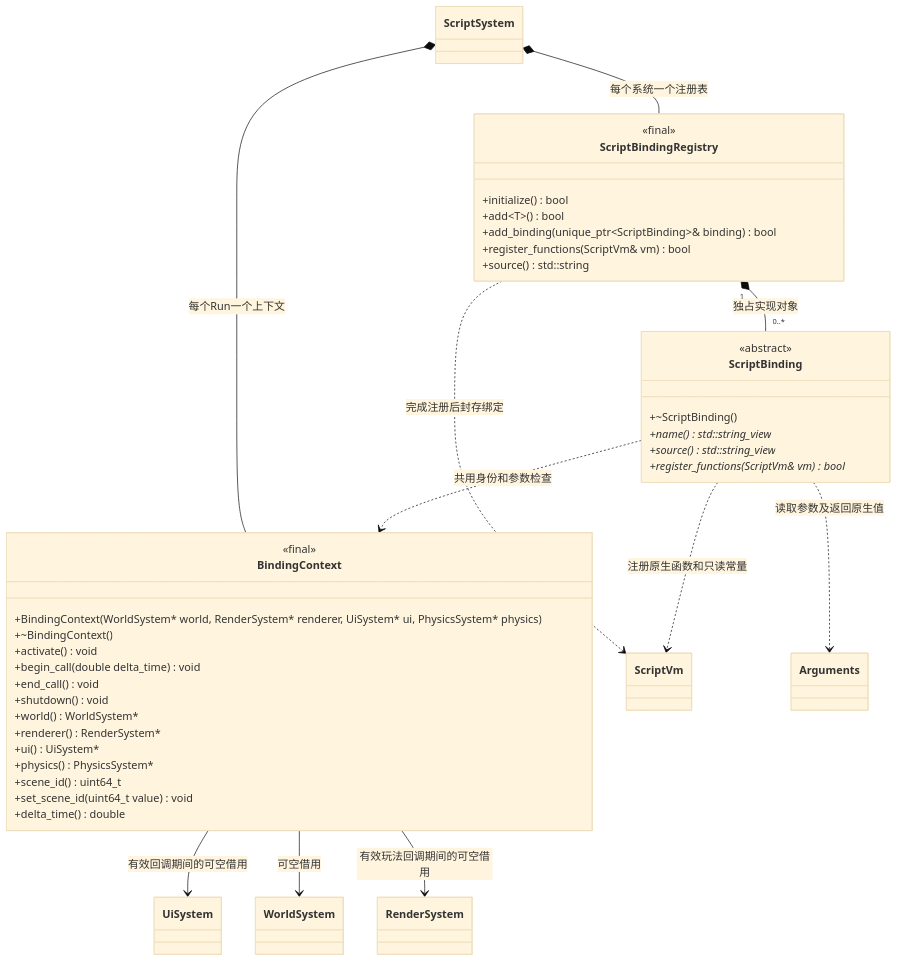
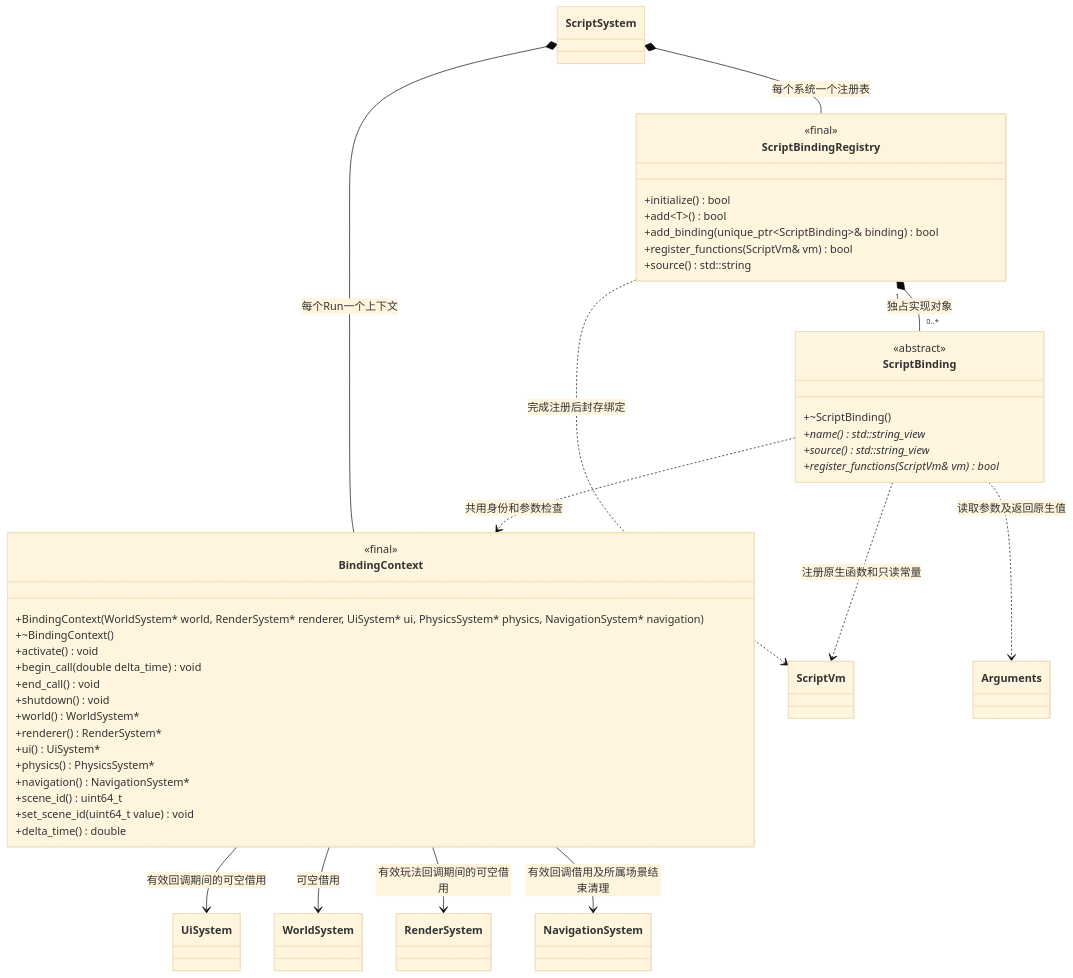
The first of 5 diagrams in docs/plugins/runtime/class-diagrams/script-bindings.md (lcals/Engine), drawn with Mermaid (base theme) before and after one commit. The commit also changed other lines of this file and 109 other files, not shown here.

Commit message:
feat(world): add stress, soil collapse, navigation and rocket range

````diff
--- a/docs/plugins/runtime/class-diagrams/script-bindings.md
+++ b/docs/plugins/runtime/class-diagrams/script-bindings.md
@@ -9,51 +9,54 @@
 ```mermaid
 classDiagram
     direction TB
     class ScriptBinding {
         <<abstract>>
         +~ScriptBinding()
         +name() std::string_view*
         +source() std::string_view*
         +register_functions(ScriptVm& vm) bool*
     }
     class ScriptBindingRegistry {
         <<final>>
         +initialize() bool
         +add~T~() bool
         +add_binding(unique_ptr~ScriptBinding~& binding) bool
         +register_functions(ScriptVm& vm) bool
         +source() std::string
     }
     class BindingContext {
         <<final>>
-        +BindingContext(WorldSystem#42; world, RenderSystem#42; renderer, UiSystem#42; ui, PhysicsSystem#42; physics)
+        +BindingContext(WorldSystem#42; world, RenderSystem#42; renderer, UiSystem#42; ui, PhysicsSystem#42; physics, NavigationSystem#42; navigation)
         +~BindingContext()
         +activate() void
         +begin_call(double delta_time) void
         +end_call() void
         +shutdown() void
         +world() WorldSystem#42;
         +renderer() RenderSystem#42;
         +ui() UiSystem#42;
         +physics() PhysicsSystem#42;
+        +navigation() NavigationSystem#42;
         +scene_id() uint64_t
         +set_scene_id(uint64_t value) void
         +delta_time() double
     }
     class ScriptVm
     class Arguments
     class ScriptSystem
     class WorldSystem
     class RenderSystem
     class UiSystem
+    class NavigationSystem
     ScriptBindingRegistry "1" *-- "0..*" ScriptBinding : 独占实现对象
     ScriptBinding ..> ScriptVm : 注册原生函数和只读常量
     ScriptBinding ..> Arguments : 读取参数及返回原生值
     ScriptBinding ..> BindingContext : 共用身份和参数检查
     ScriptBindingRegistry ..> ScriptVm : 完成注册后封存绑定
     ScriptSystem *-- ScriptBindingRegistry : 每个系统一个注册表
     ScriptSystem *-- BindingContext : 每个Run一个上下文
     BindingContext --> UiSystem : 有效回调期间的可空借用
     BindingContext --> WorldSystem : 可空借用
     BindingContext --> RenderSystem : 有效玩法回调期间的可空借用
+    BindingContext --> NavigationSystem : 有效回调借用及所属场景结束清理
 ```
````
